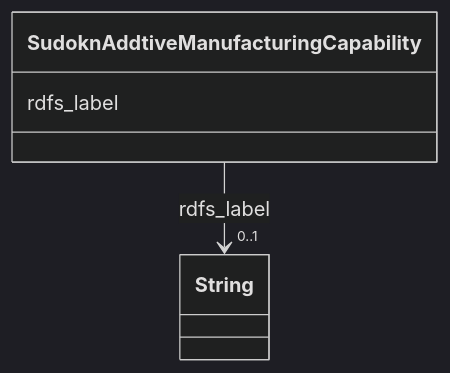
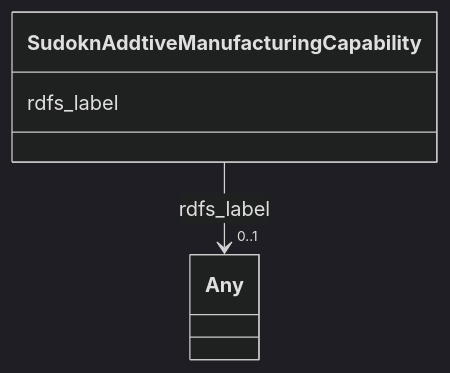
Before and after one commit to frink-okn/graph-descriptions: the diagram in sudokn-kg/classes/SudoknAddtiveManufacturingCapability.md, drawn with Mermaid (dark theme). The commit also changed other lines of this file and 903 other files, not shown here.

````diff
--- a/sudokn-kg/classes/SudoknAddtiveManufacturingCapability.md
+++ b/sudokn-kg/classes/SudoknAddtiveManufacturingCapability.md
@@ -23,15 +18,15 @@
 ```mermaid
  classDiagram
     class SudoknAddtiveManufacturingCapability
     click SudoknAddtiveManufacturingCapability href "../SudoknAddtiveManufacturingCapability"
       SudoknAddtiveManufacturingCapability : rdfs_label
         
           
     
     
-    SudoknAddtiveManufacturingCapability --> "0..1" String : rdfs_label
-    click String href "../String"
+    SudoknAddtiveManufacturingCapability --> "0..1" Any : rdfs_label
+    click Any href "../Any"
 
         
       
 ```
````
